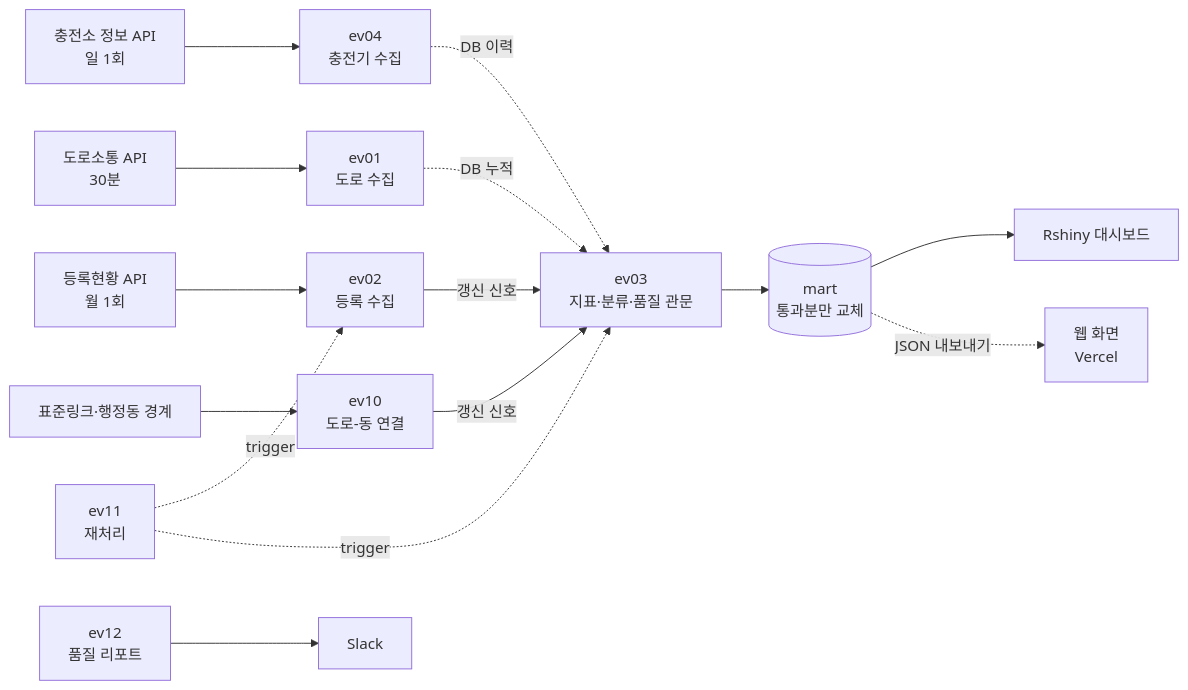
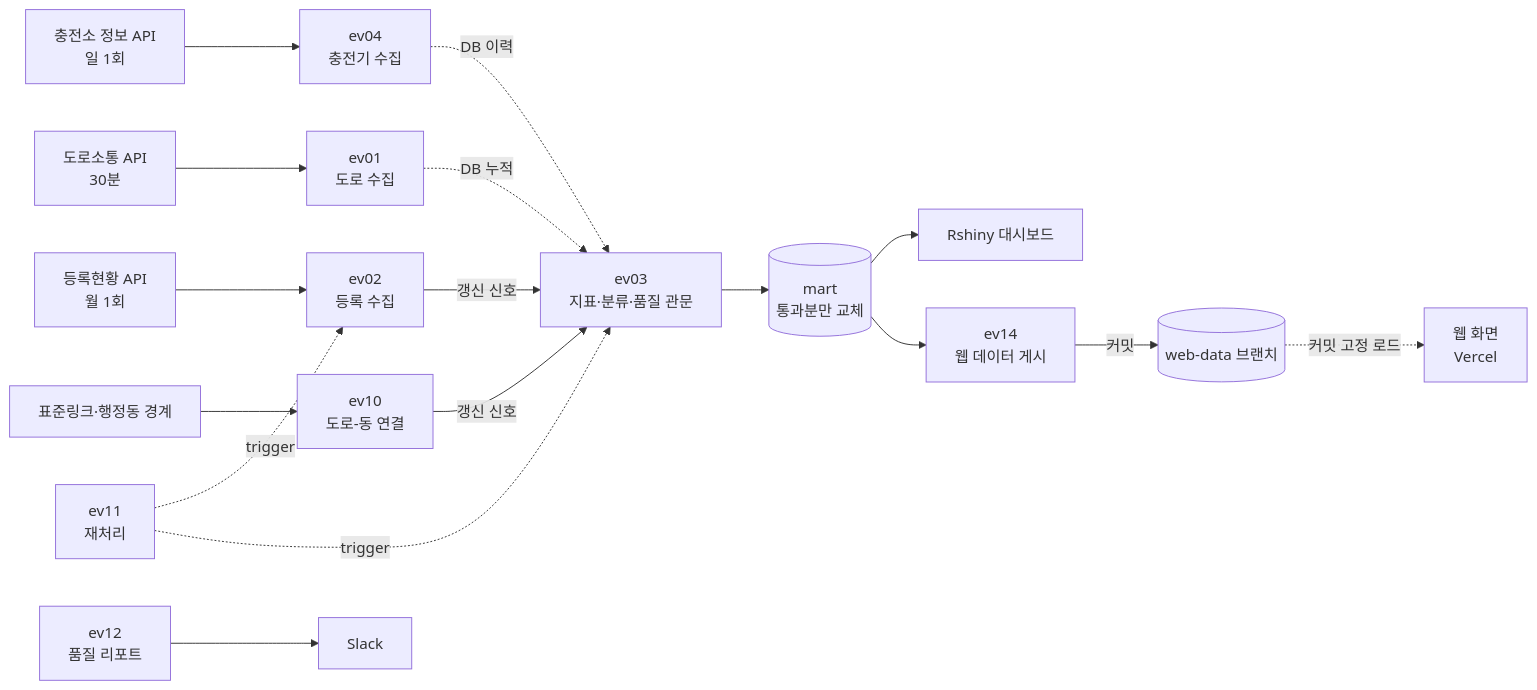
One commit to CoderGogh/seoul-ev-data-platform changed the diagram in README.md. Above: the diagram before and after it, drawn with Mermaid. The commit also changed other lines of this file and 1 other file, not shown here.

Commit message:
docs: README·실행 안내에 ev14·토큰 설정 반영

````diff
--- a/README.md
+++ b/README.md
@@ -44,17 +44,19 @@
 ```mermaid
 flowchart LR
     road["도로소통 API<br/>30분"] --> ev01["ev01<br/>도로 수집"]
     reg["등록현황 API<br/>월 1회"] --> ev02["ev02<br/>등록 수집"]
     chg["충전소 정보 API<br/>일 1회"] --> ev04["ev04<br/>충전기 수집"]
     map["표준링크·행정동 경계"] --> ev10["ev10<br/>도로-동 연결"]
     ev04 -. "DB 이력" .-> ev03
     ev01 -. "DB 누적" .-> ev03
     ev02 -- "갱신 신호" --> ev03
     ev10 -- "갱신 신호" --> ev03
     ev03["ev03<br/>지표·분류·품질 관문"] --> mart[("mart<br/>통과분만 교체")]
     mart --> shiny["Rshiny 대시보드"]
-    mart -. "JSON 내보내기" .-> web["웹 화면<br/>Vercel"]
+    mart --> ev14["ev14<br/>웹 데이터 게시"]
+    ev14 -- "커밋" --> data[("web-data 브랜치")]
+    data -. "커밋 고정 로드" .-> web["웹 화면<br/>Vercel"]
     ev12["ev12<br/>품질 리포트"] --> slack["Slack"]
     ev11["ev11<br/>재처리"] -. trigger .-> ev02
     ev11 -. trigger .-> ev03
 ```
````
